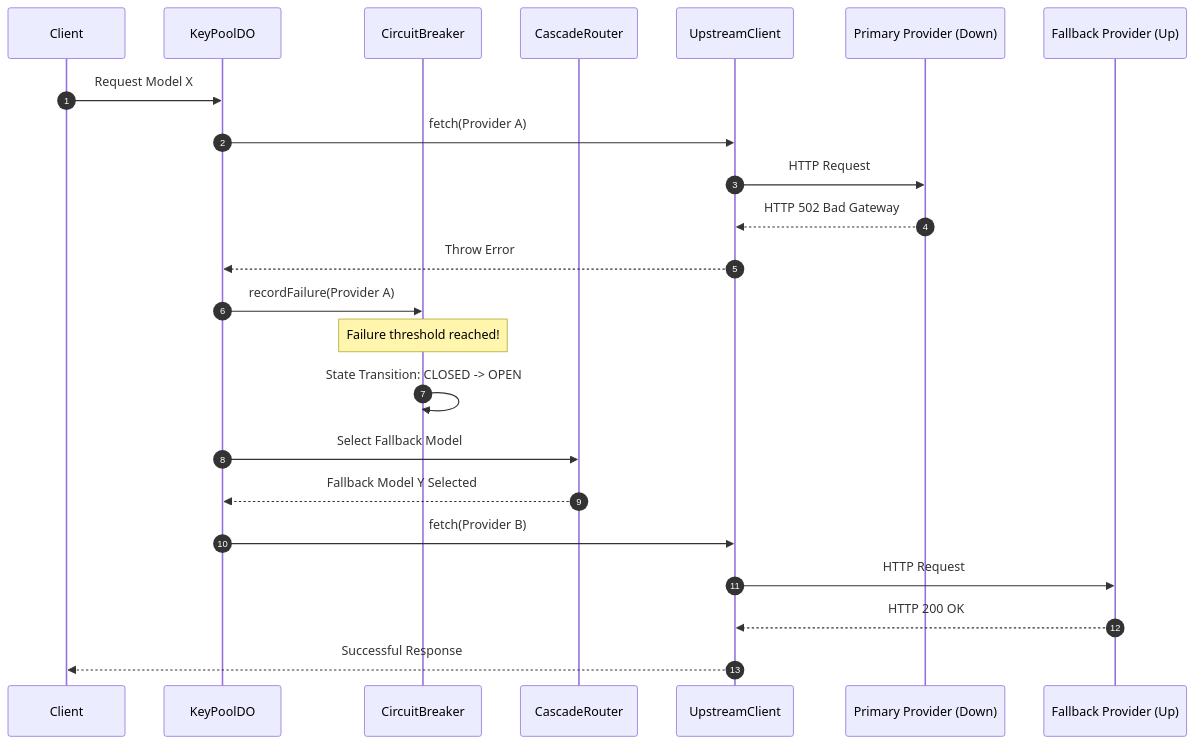
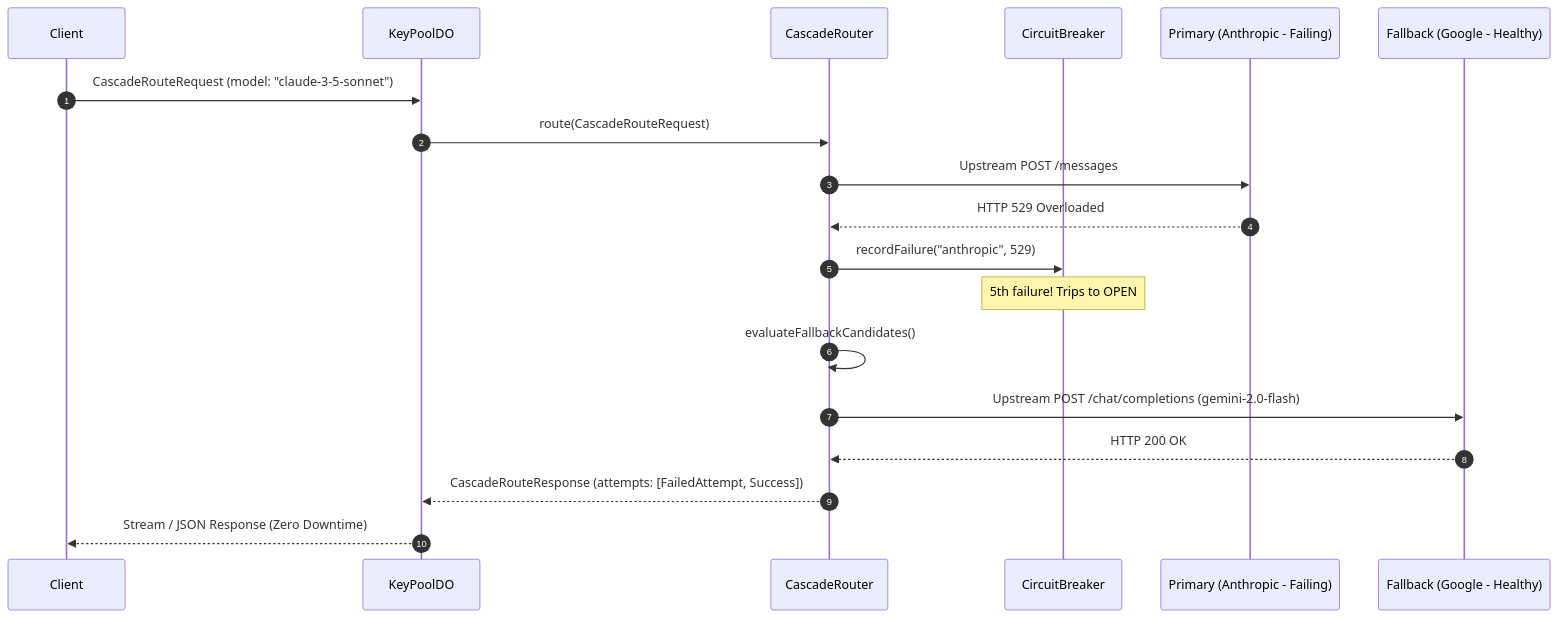
The second of 2 diagrams in docs/study_guide/04_end_to_end_execution_flows.md (Axe-08/Key-Collective), drawn with Mermaid before and after one commit. The commit also changed other lines of this file and 62 other files, not shown here.

````diff
--- a/docs/study_guide/04_end_to_end_execution_flows.md
+++ b/docs/study_guide/04_end_to_end_execution_flows.md
@@ -98,26 +151,22 @@
 ```mermaid
 sequenceDiagram
     autonumber
     participant Client
     participant KeyPoolDO
+    participant CascadeRouter
     participant CircuitBreaker
-    participant CascadeRouter
-    participant UpstreamClient
-    participant ProviderA as Primary Provider (Down)
-    participant ProviderB as Fallback Provider (Up)
+    participant PrimaryProvider as Primary (Anthropic - Failing)
+    participant FallbackProvider as Fallback (Google - Healthy)
 
-    Client->>KeyPoolDO: Request Model X
-    KeyPoolDO->>UpstreamClient: fetch(Provider A)
-    UpstreamClient->>ProviderA: HTTP Request
-    ProviderA-->>UpstreamClient: HTTP 502 Bad Gateway
-    UpstreamClient-->>KeyPoolDO: Throw Error
-    KeyPoolDO->>CircuitBreaker: recordFailure(Provider A)
-    Note over CircuitBreaker: Failure threshold reached!
-    CircuitBreaker->>CircuitBreaker: State Transition: CLOSED -> OPEN
-    KeyPoolDO->>CascadeRouter: Select Fallback Model
-    CascadeRouter-->>KeyPoolDO: Fallback Model Y Selected
-    KeyPoolDO->>UpstreamClient: fetch(Provider B)
-    UpstreamClient->>ProviderB: HTTP Request
-    ProviderB-->>UpstreamClient: HTTP 200 OK
-    UpstreamClient-->>Client: Successful Response
+    Client->>KeyPoolDO: CascadeRouteRequest (model: "claude-3-5-sonnet")
+    KeyPoolDO->>CascadeRouter: route(CascadeRouteRequest)
+    CascadeRouter->>PrimaryProvider: Upstream POST /messages
+    PrimaryProvider-->>CascadeRouter: HTTP 529 Overloaded
+    CascadeRouter->>CircuitBreaker: recordFailure("anthropic", 529)
+    Note over CircuitBreaker: 5th failure! Trips to OPEN
+    CascadeRouter->>CascadeRouter: evaluateFallbackCandidates()
+    CascadeRouter->>FallbackProvider: Upstream POST /chat/completions (gemini-2.0-flash)
+    FallbackProvider-->>CascadeRouter: HTTP 200 OK
+    CascadeRouter-->>KeyPoolDO: CascadeRouteResponse (attempts: [FailedAttempt, Success])
+    KeyPoolDO-->>Client: Stream / JSON Response (Zero Downtime)
 ```
````
